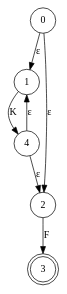
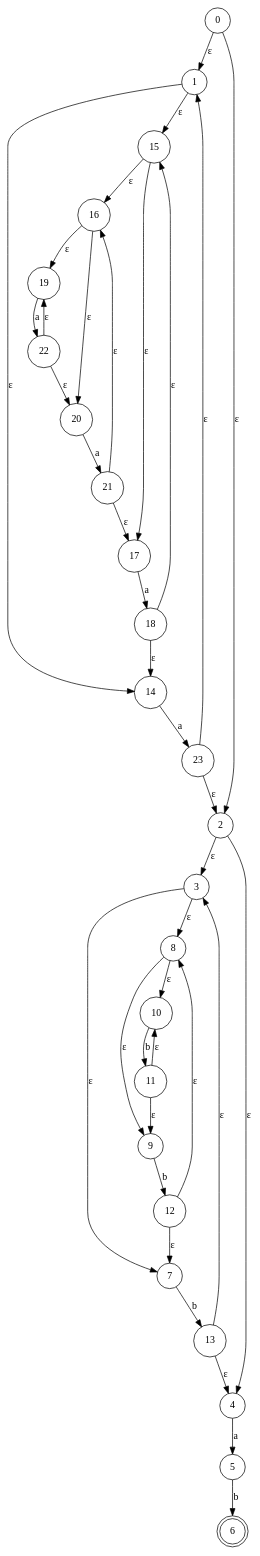
The diagram in visualization/NFA.gv (julia-bel/machine_learning_of_patterns), drawn with Graphviz before and after one commit. The commit also changed 10 other files, not shown here.

```diff
--- a/visualization/NFA.gv
+++ b/visualization/NFA.gv
@@ -1,13 +1,63 @@
 digraph {
 	0 [shape=circle]
 	0 -> 1 [label="ε"]
 	0 -> 2 [label="ε"]
 	2 [shape=circle]
-	2 -> 3 [label=F]
-	3 [shape=doublecircle]
+	2 -> 3 [label="ε"]
+	2 -> 4 [label="ε"]
+	4 [shape=circle]
+	4 -> 5 [label=a]
+	5 [shape=circle]
+	5 -> 6 [label=b]
+	6 [shape=doublecircle]
+	3 [shape=circle]
+	3 -> 7 [label="ε"]
+	3 -> 8 [label="ε"]
+	8 [shape=circle]
+	8 -> 9 [label="ε"]
+	8 -> 10 [label="ε"]
+	10 [shape=circle]
+	10 -> 11 [label=b]
+	11 [shape=circle]
+	11 -> 9 [label="ε"]
+	11 -> 10 [label="ε"]
+	9 [shape=circle]
+	9 -> 12 [label=b]
+	12 [shape=circle]
+	12 -> 7 [label="ε"]
+	12 -> 8 [label="ε"]
+	7 [shape=circle]
+	7 -> 13 [label=b]
+	13 [shape=circle]
+	13 -> 3 [label="ε"]
+	13 -> 4 [label="ε"]
 	1 [shape=circle]
-	1 -> 4 [label=K]
-	4 [shape=circle]
-	4 -> 1 [label="ε"]
-	4 -> 2 [label="ε"]
+	1 -> 14 [label="ε"]
+	1 -> 15 [label="ε"]
+	15 [shape=circle]
+	15 -> 16 [label="ε"]
+	15 -> 17 [label="ε"]
+	17 [shape=circle]
+	17 -> 18 [label=a]
+	18 [shape=circle]
+	18 -> 14 [label="ε"]
+	18 -> 15 [label="ε"]
+	16 [shape=circle]
+	16 -> 19 [label="ε"]
+	16 -> 20 [label="ε"]
+	20 [shape=circle]
+	20 -> 21 [label=a]
+	21 [shape=circle]
+	21 -> 16 [label="ε"]
+	21 -> 17 [label="ε"]
+	19 [shape=circle]
+	19 -> 22 [label=a]
+	22 [shape=circle]
+	22 -> 19 [label="ε"]
+	22 -> 20 [label="ε"]
+	14 [shape=circle]
+	14 -> 23 [label=a]
+	23 [shape=circle]
+	23 -> 1 [label="ε"]
+	23 -> 2 [label="ε"]
 }
```
